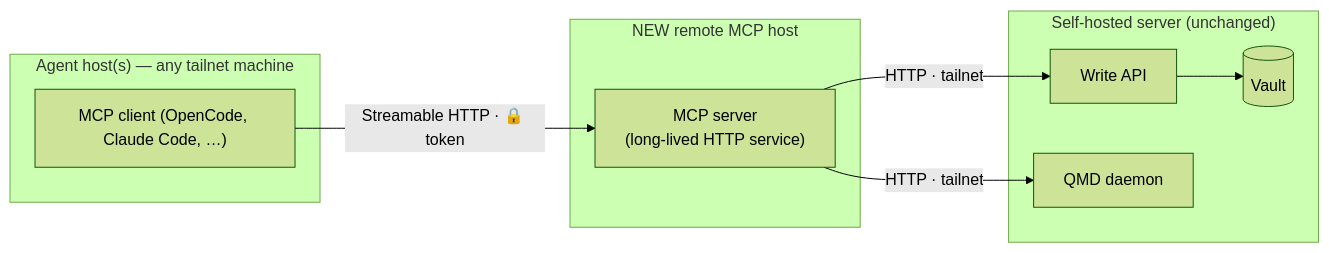
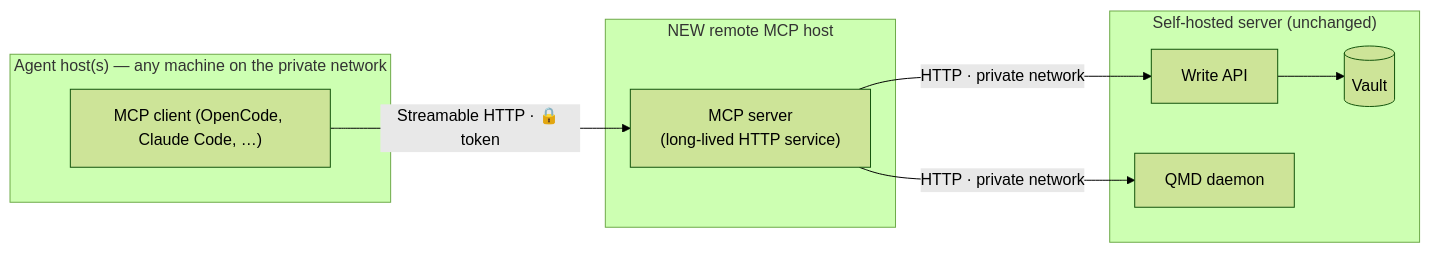
Before and after one commit to leandroFernandez94/AMS: the first of 4 diagrams in docs/remote-mcp-deployment.md, drawn with Mermaid (forest theme). The commit also changed other lines of this file and 6 other files, not shown here.

First line of the commit message:
docs: genericize private-network framing and harden stdio guidance

````diff
--- a/docs/remote-mcp-deployment.md
+++ b/docs/remote-mcp-deployment.md
@@ -124,19 +123,19 @@
 ```mermaid
 flowchart LR
-    subgraph agents["Agent host(s) — any tailnet machine"]
+    subgraph agents["Agent host(s) — any machine on the private network"]
         client["MCP client (OpenCode, Claude Code, …)"]
     end
     subgraph mcphost["NEW remote MCP host"]
         mcp["MCP server<br/>(long-lived HTTP service)"]
     end
     subgraph vaultbox["Self-hosted server (unchanged)"]
         api["Write API"]
         qmd["QMD daemon"]
         vault[("Vault")]
     end
 
     client -- "Streamable HTTP · 🔒 token" --> mcp
-    mcp -- "HTTP · tailnet" --> api
-    mcp -- "HTTP · tailnet" --> qmd
+    mcp -- "HTTP · private network" --> api
+    mcp -- "HTTP · private network" --> qmd
     api --> vault
 ```
````
